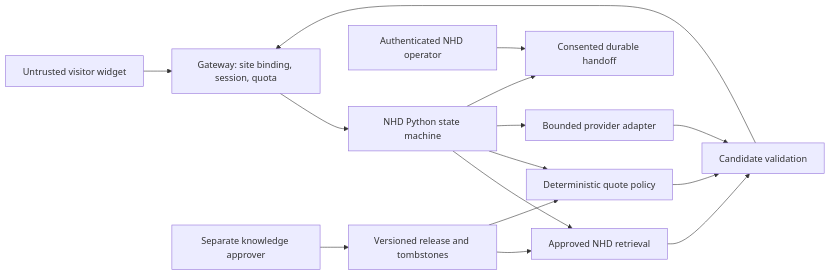
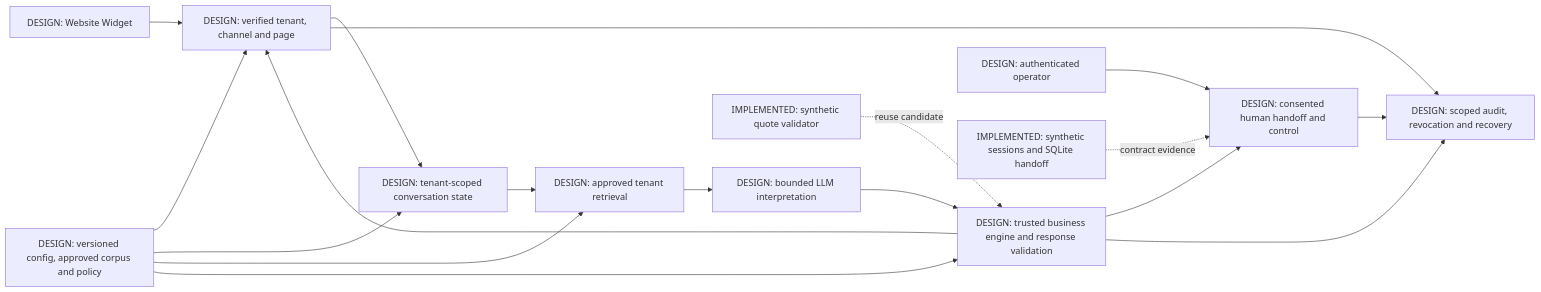
One commit to kha997/ai-chatbot changed the diagram in docs/NHD_MVP_ARCHITECTURE_59.md. Above: the diagram before and after it, drawn with Mermaid. The commit also changed other lines of this file and 3 other files, not shown here.

````diff
--- a/docs/NHD_MVP_ARCHITECTURE_59.md
+++ b/docs/NHD_MVP_ARCHITECTURE_59.md
@@ -78,17 +78,20 @@
 ```mermaid
 flowchart LR
-  V[Untrusted visitor widget] --> G[Gateway: site binding, session, quota]
-  G --> O[NHD Python state machine]
-  O --> R[Approved NHD retrieval]
-  O --> Q[Deterministic quote policy]
-  O --> L[Bounded provider adapter]
-  L --> C[Candidate validation]
-  R --> C
-  Q --> C
-  C --> G
-  O --> H[Consented durable handoff]
-  S[Authenticated NHD operator] --> H
-  A[Separate knowledge approver] --> K[Versioned release and tombstones]
-  K --> R
-  K --> Q
+  V["DESIGN: Website Widget"] --> G["DESIGN: verified tenant, channel and page"]
+  G --> O["DESIGN: tenant-scoped conversation state"]
+  O --> R["DESIGN: approved tenant retrieval"]
+  R --> L["DESIGN: bounded LLM interpretation"]
+  L --> Q["DESIGN: trusted business engine and response validation"]
+  Q --> G
+  Q --> H["DESIGN: consented human handoff and control"]
+  S["DESIGN: authenticated operator"] --> H
+  A["DESIGN: versioned config, approved corpus and policy"] --> G
+  A --> O
+  A --> R
+  A --> Q
+  H --> U["DESIGN: scoped audit, revocation and recovery"]
+  G --> U
+  Q --> U
+  X["IMPLEMENTED: synthetic quote validator"] -. reuse candidate .-> Q
+  Y["IMPLEMENTED: synthetic sessions and SQLite handoff"] -. contract evidence .-> H
 ```
````
